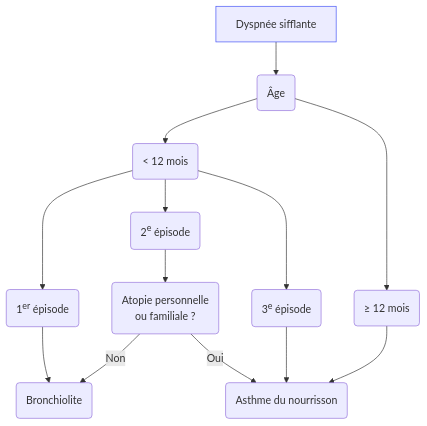
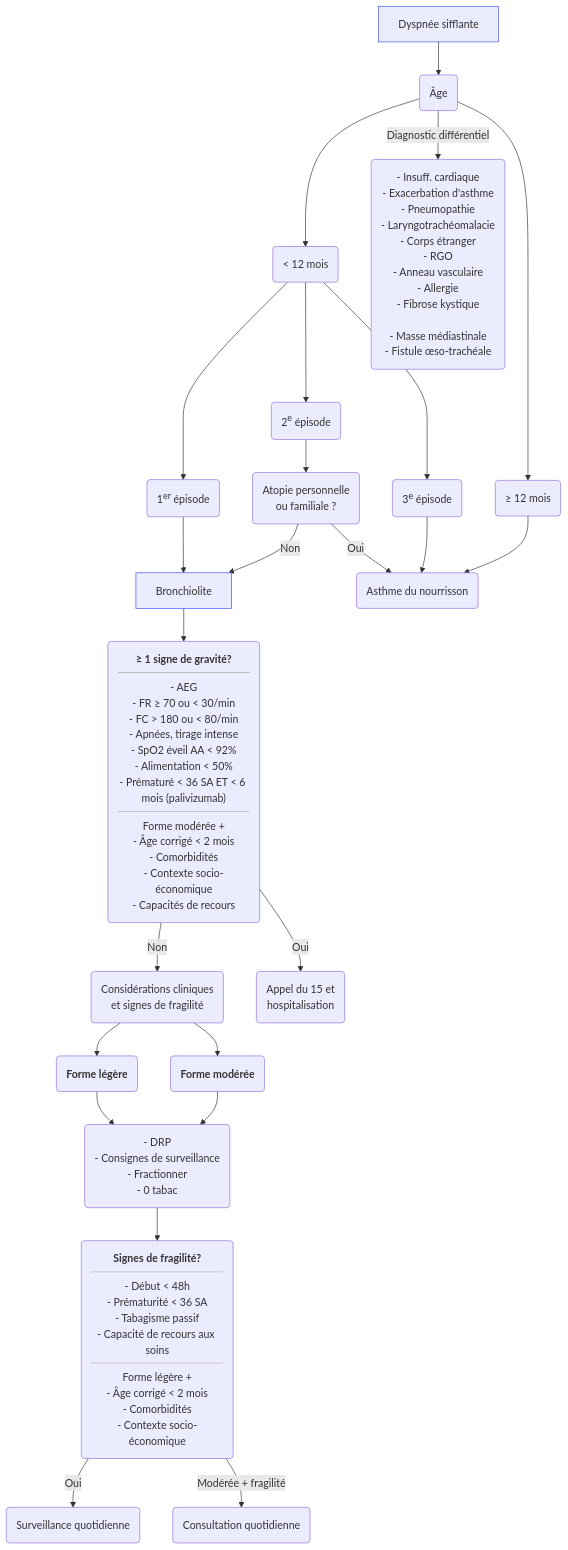
The diagram in content/recommandations/bronchiolite.md (djibe/recommandations-medicales), drawn with Mermaid before and after one commit. The commit also changed other lines of this file and 3 other files, not shown here.

```diff
--- a/content/recommandations/bronchiolite.md
+++ b/content/recommandations/bronchiolite.md
@@ -248,12 +287,25 @@
-{{< mermaid title="Conduite à tenir devant une dyspnée sifflante. Dr JB FRON d'après HAS/CNPP 2019 et Verstraete 2013" >}}
+{{< mermaid title="Conduite à tenir devant une dyspnée sifflante. Dr JB FRON d'après HAS/CNPP 2019" >}}
 graph TB
   dyspnee[Dyspnée sifflante] --> age(Âge)
   style dyspnee stroke:#4150f5, stroke-width:1px
     age --> moins12(&lt; 12 mois)
-      moins12 --> 1(1<sup>er</sup> épisode) --> bronchiolite(Bronchiolite)
+      moins12 --> 1(1<sup>er</sup> épisode) --> bronchiolite[Bronchiolite]
+      style bronchiolite stroke:#4150f5, stroke-width:1px
+        bronchiolite --> gravite("<b>&ge; 1 signe de gravité?</b><hr>- AEG<br>- FR &ge; 70 ou &lt; 30/min<br>- FC &gt; 180 ou &lt; 80/min<br>- Apnées, tirage intense<br>- SpO2 éveil AA < 92%<br>- Alimentation &lt; 50%<br>- Prématuré &lt; 36 SA ET &lt; 6 mois (palivizumab)<hr>Forme modérée +<br>- Âge corrigé &lt; 2 mois<br>- Comorbidités<br>- Contexte socio-économique<br>- Capacités de recours")
+          gravite -- Non --> impression(Considérations cliniques<br>et signes de fragilité)
+            impression --> legere("<b>Forme légère</b>")
+              legere --> education("- DRP<br>- Consignes de surveillance<br>- Fractionner<br>- 0 tabac")
+                education --> fragilite("<b>Signes de fragilité?</b><hr>- Début &lt; 48h<br>- Prématurité &lt; 36 SA<br>- Tabagisme passif<br>- Capacité de recours aux soins<hr>Forme légère +<br>- Âge corrigé &lt; 2 mois<br>- Comorbidités<br>- Contexte socio-économique")
+                  fragilite -- Oui --> vigilance(Surveillance quotidienne)
+                  fragilite -- Modérée + fragilité --> consultation(Consultation quotidienne)
+            impression --> moderee("<b>Forme modérée</b>")
+              moderee --> education
+          gravite -- Oui --> hospitalisation(Appel du 15 et<br>hospitalisation)
       moins12 --> 2(2<sup>e</sup> épisode) --> atopie(Atopie personnelle<br>ou familiale ?)
         atopie -- Non --> bronchiolite
         atopie -- Oui --> asthme
       moins12 --> 3(3<sup>e</sup> épisode) --> asthme(Asthme du nourrisson)
     age --> plus12("&ge; 12 mois") --> asthme
+    age -- Diagnostic différentiel --> differentiel("- Insuff. cardiaque<br>- Exacerbation d'asthme<br>- Pneumopathie<br>- Laryngotrachéomalacie<br>- Corps étranger<br>- RGO<br>- Anneau vasculaire<br>- Allergie<br>- Fibrose kystique<br>
+- Masse médiastinale<br>- Fistule œso-trachéale")
 {{< /mermaid >}}
```
